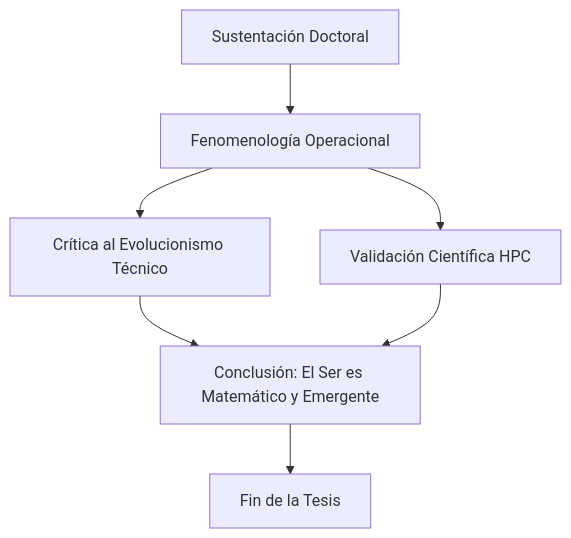
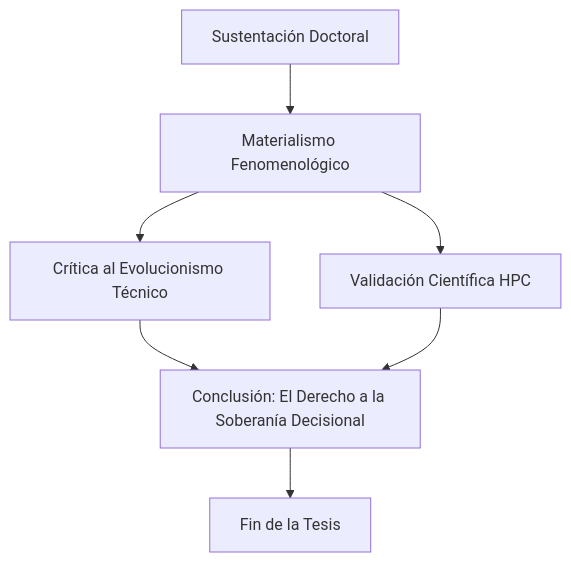
Before and after one commit to stevenvo780/FenomenologiaUrbana: the diagram in trabajo-final-fenomenologia-urbana/04-conclusiones-y-referencias-bibliograficas.md, drawn with Mermaid. The commit also changed other lines of this file and 24 other files, not shown here.

````diff
--- a/trabajo-final-fenomenologia-urbana/04-conclusiones-y-referencias-bibliograficas.md
+++ b/trabajo-final-fenomenologia-urbana/04-conclusiones-y-referencias-bibliograficas.md
@@ -28,8 +24,8 @@
 ```mermaid
 graph TD
-    A[Sustentación Doctoral] --> B[Fenomenología Operacional]
+    A[Sustentación Doctoral] --> B[Materialismo Fenomenológico]
     B --> C[Crítica al Evolucionismo Técnico]
     B --> D[Validación Científica HPC]
-    C & D --> E[Conclusión: El Ser es Matemático y Emergente]
+    C & D --> E[Conclusión: El Derecho a la Soberanía Decisional]
     E --> F[Fin de la Tesis]
 ```
````
